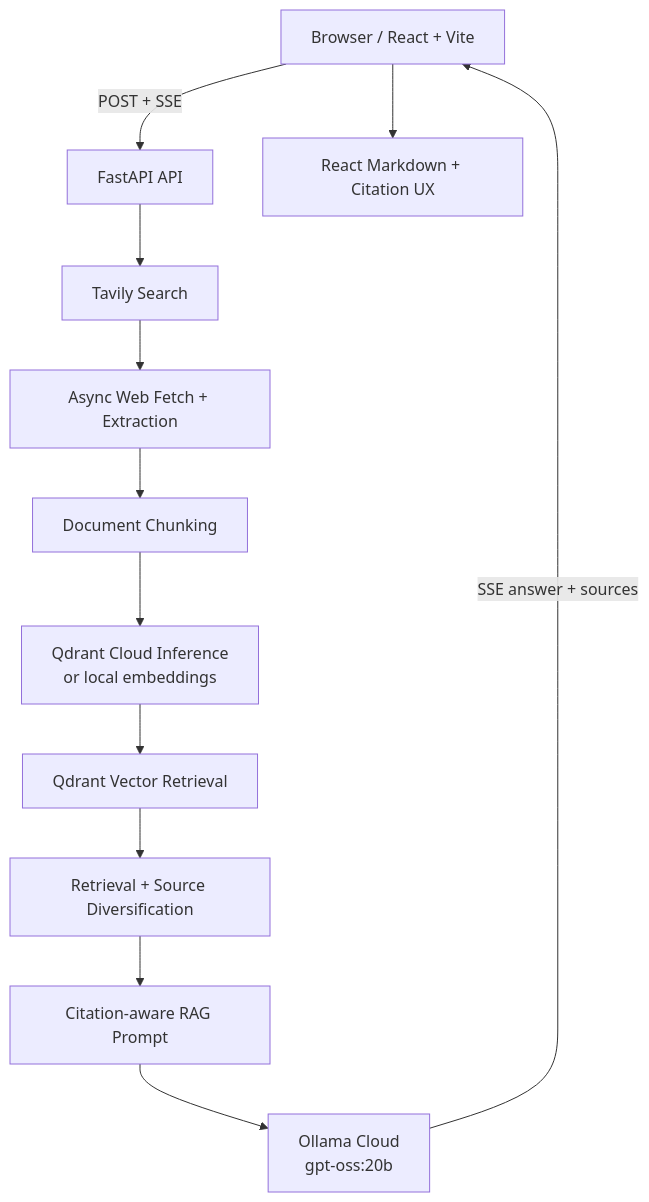
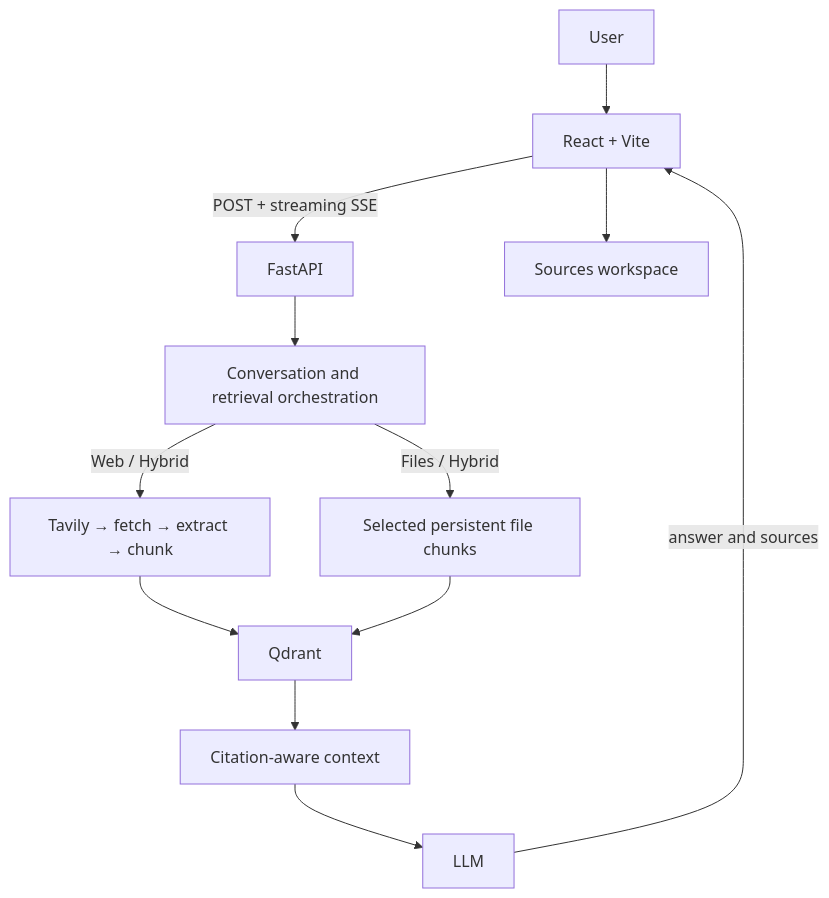
Before and after one commit to barissurkit/ai-search-engine: the diagram in README.md, drawn with Mermaid. The commit also changed other lines of this file and 4 other files, not shown here.

Commit message:
docs: update production architecture and portfolio

````diff
--- a/README.md
+++ b/README.md
@@ -38,14 +34,14 @@
 ```mermaid
 flowchart TD
-    B[Browser / React + Vite] -->|POST + SSE| API[FastAPI API]
-    API --> T[Tavily Search]
-    T --> W[Async Web Fetch + Extraction]
-    W --> C[Document Chunking]
-    C --> E[Qdrant Cloud Inference\nor local embeddings]
-    E --> Q[Qdrant Vector Retrieval]
-    Q --> D[Retrieval + Source Diversification]
-    D --> P[Citation-aware RAG Prompt]
-    P --> L[Ollama Cloud\ngpt-oss:20b]
-    L -->|SSE answer + sources| B
-    B --> U[React Markdown + Citation UX]
+    U[User] --> F[React + Vite]
+    F -->|POST + streaming SSE| A[FastAPI]
+    A --> O[Conversation and retrieval orchestration]
+    O -->|Web / Hybrid| W[Tavily → fetch → extract → chunk]
+    O -->|Files / Hybrid| D[Selected persistent file chunks]
+    W --> Q[Qdrant]
+    D --> Q
+    Q --> P[Citation-aware context]
+    P --> L[LLM]
+    L -->|answer and sources| F
+    F --> S[Sources workspace]
 ```
````
